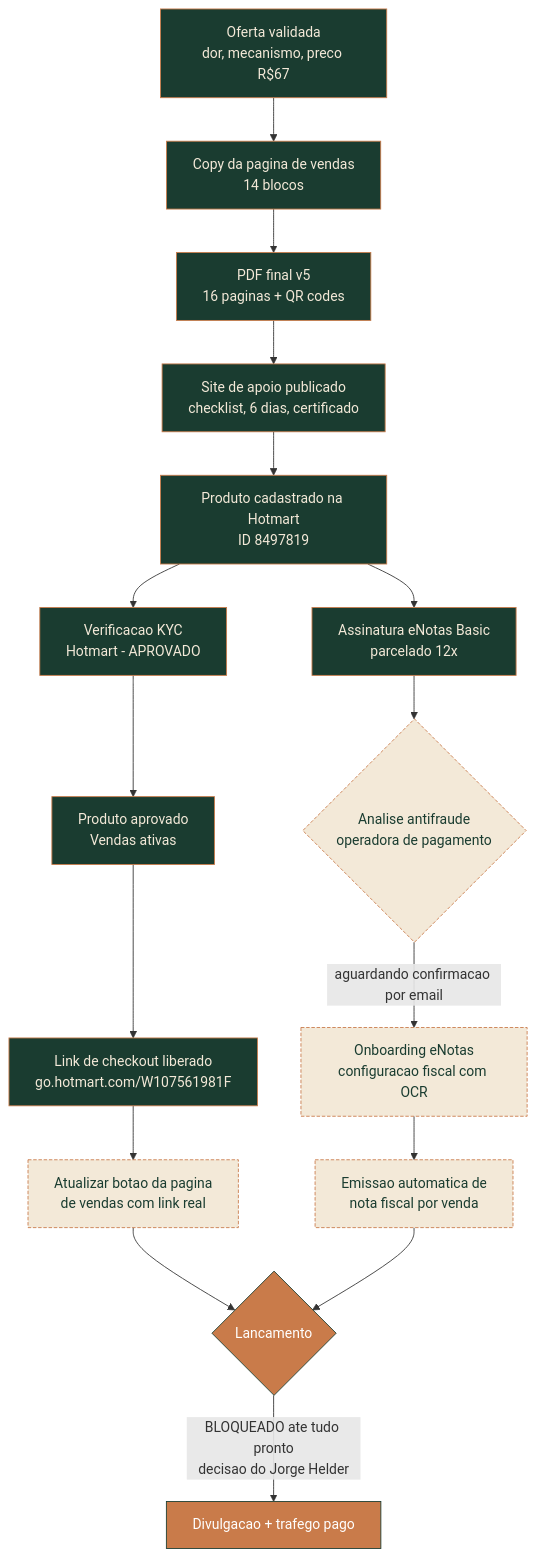
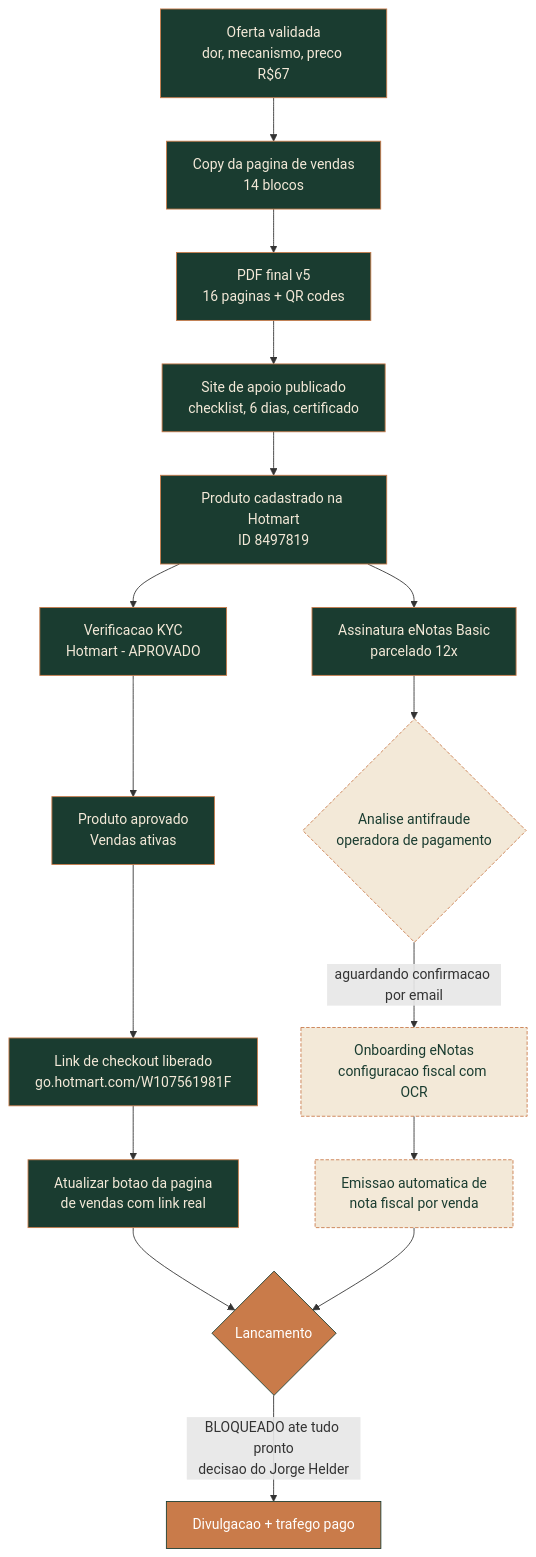
One commit to jhelderconsultoria-ai/ola-experience changed the diagram in business/produtos/mapa-do-hoje/fluxo-e-pendencias.md. Above: the diagram before and after it, drawn with Mermaid. The commit also changed other lines of this file and 2 other files, not shown here.

Commit message:
progresso: botao da pagina de vendas do Mapa do Hoje atualizado com link real de checkout Hotmart
Claude-Session: https://claude.ai/code/session_015Y1wGhuXDpZk1NXTs4G1dp

````diff
--- a/business/produtos/mapa-do-hoje/fluxo-e-pendencias.md
+++ b/business/produtos/mapa-do-hoje/fluxo-e-pendencias.md
@@ -10,26 +10,26 @@
 ```mermaid
 flowchart TD
     A[Oferta validada<br/>dor, mecanismo, preco R$67] --> B[Copy da pagina de vendas<br/>14 blocos]
     B --> C[PDF final v5<br/>16 paginas + QR codes]
     C --> D[Site de apoio publicado<br/>checklist, 6 dias, certificado]
     D --> E[Produto cadastrado na Hotmart<br/>ID 8497819]
     E --> F[Verificacao KYC<br/>Hotmart - APROVADO]
     F --> G[Produto aprovado<br/>Vendas ativas]
     E --> H[Assinatura eNotas Basic<br/>parcelado 12x]
     H --> I{Analise antifraude<br/>operadora de pagamento}
     I -->|aguardando confirmacao por email| J[Onboarding eNotas<br/>configuracao fiscal com OCR]
     G --> K[Link de checkout liberado<br/>go.hotmart.com/W107561981F]
     K --> L[Atualizar botao da pagina<br/>de vendas com link real]
     J --> M[Emissao automatica de<br/>nota fiscal por venda]
     L --> N{Lancamento}
     M --> N
     N -->|BLOQUEADO ate tudo pronto<br/>decisao do Jorge Helder| O[Divulgacao + trafego pago]
 
     classDef done fill:#1A3C30,color:#F3E9D8,stroke:#C97B4A;
     classDef pending fill:#F3E9D8,color:#1A3C30,stroke:#C97B4A,stroke-dasharray: 4 2;
     classDef blocked fill:#C97B4A,color:#fff,stroke:#1A3C30;
 
-    class A,B,C,D,E,H,F,G,K done;
-    class I,J,L,M pending;
+    class A,B,C,D,E,H,F,G,K,L done;
+    class I,J,M pending;
     class N,O blocked;
 ```
````
